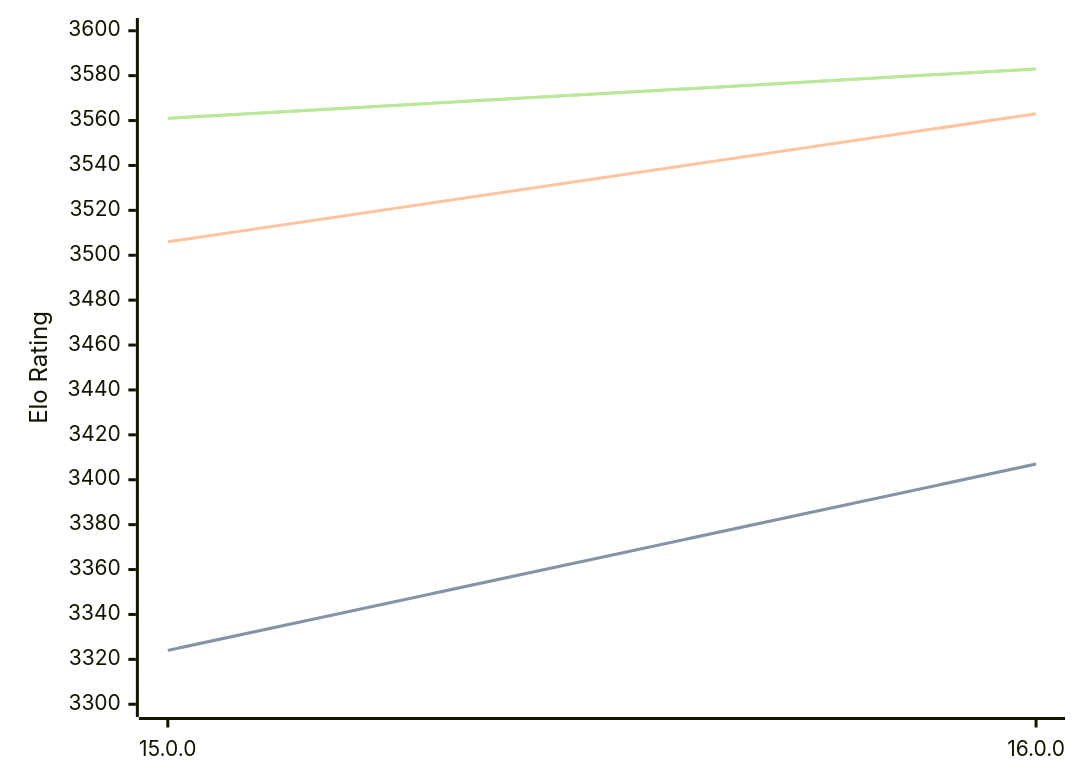
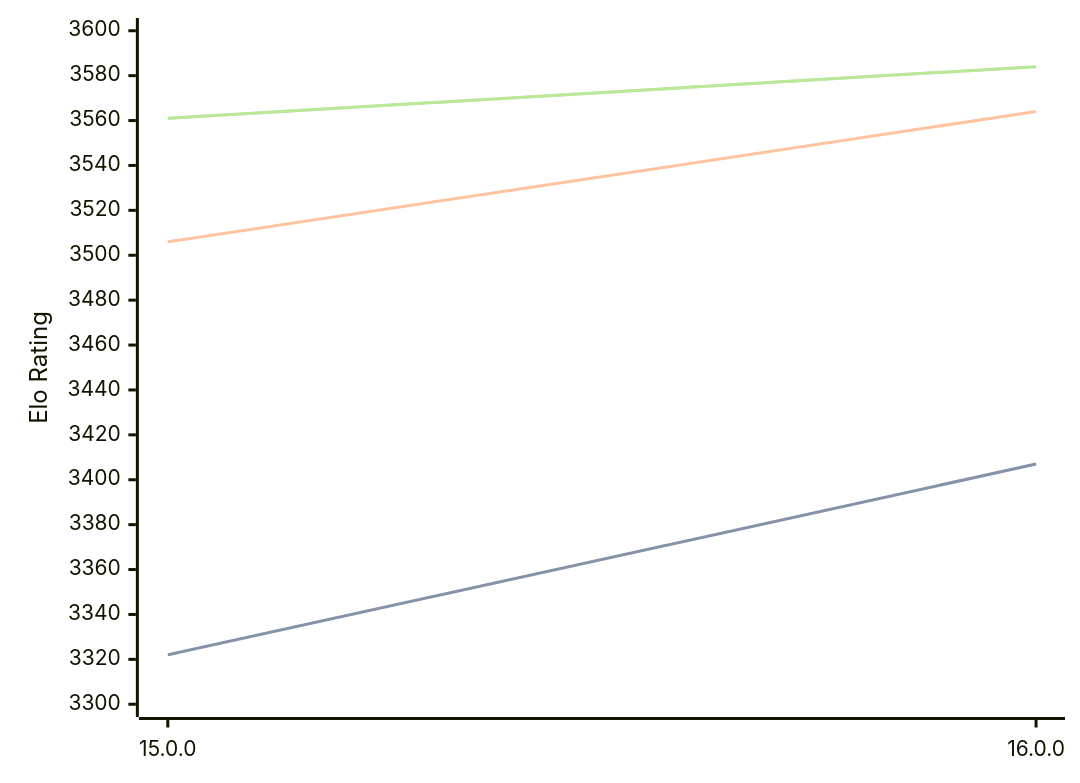
Before and after one commit to computer-chess-index/cci: the diagram in engines/Halogen.md, drawn with Mermaid. The commit also changed other lines of this file, not shown here.

Commit message:
Update CCI Ratings (ELO VLTC) - 2026-03-12

````diff
--- a/engines/Halogen.md
+++ b/engines/Halogen.md
@@ -48,11 +48,11 @@
 ```mermaid
 %%{init: {"theme":"base","themeVariables":{"seriesColors:['#a3a3a3','#222221','#faa371']}}}%%
 xychart-beta
   x-axis ["15.0.0", "16.0.0"]
   y-axis "Elo Rating" 3300 --> 3600
-  line "STC (8.0+0.08s)" [3324, 3407]
-  line "STC (8.0+0.08s)" [3324, 3407]
-  line "LTC (60.0+0.60s)" [3506, 3563]
-  line "VLTC (2m24s+1.12s)" [3561, 3583]
-  line "VLTC (2m24s+1.12s)" [3561, 3583]
+  line "STC (8.0+0.08s)" [3322, 3407]
+  line "STC (8.0+0.08s)" [3322, 3407]
+  line "LTC (60.0+0.60s)" [3506, 3564]
+  line "VLTC (2m24s+1.12s)" [3561, 3584]
+  line "VLTC (2m24s+1.12s)" [3561, 3584]
 ```
````
